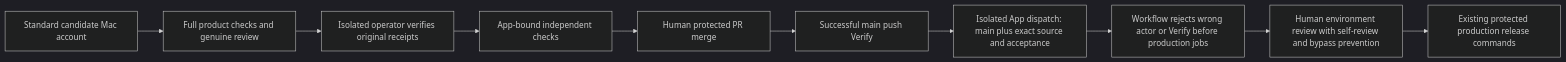
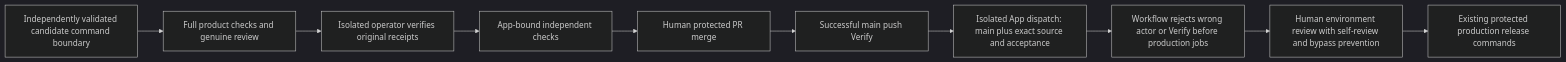
The diagram in docs/engineering/devops/shipping-control-setup/single-human-dispatch.md (dgmolla/fitsy), drawn with Mermaid (dark theme) before and after one commit. The commit also changed other lines of this file and 10 other files, not shown here.

````diff
--- a/docs/engineering/devops/shipping-control-setup/single-human-dispatch.md
+++ b/docs/engineering/devops/shipping-control-setup/single-human-dispatch.md
@@ -12,12 +12,12 @@
 ```mermaid
 flowchart LR
-    C[Standard candidate Mac account] --> T[Full product checks and genuine review]
+    C[Independently validated candidate command boundary] --> T[Full product checks and genuine review]
     T --> O[Isolated operator verifies original receipts]
     O --> K[App-bound independent checks]
     K --> H[Human protected PR merge]
     H --> V[Successful main push Verify]
     V --> A[Isolated App dispatch: main plus exact source and acceptance]
     A --> G[Workflow rejects wrong actor or Verify before production jobs]
     G --> E[Human environment review with self-review and bypass prevention]
     E --> D[Existing protected production release commands]
 ```
````
